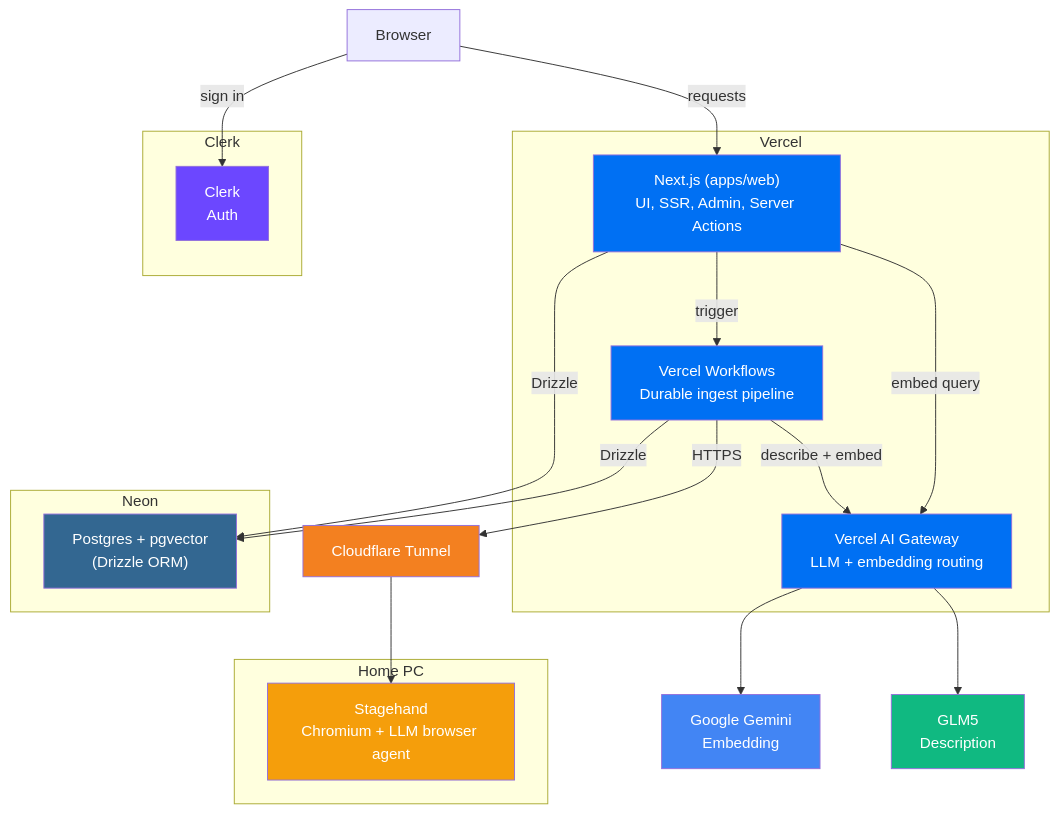
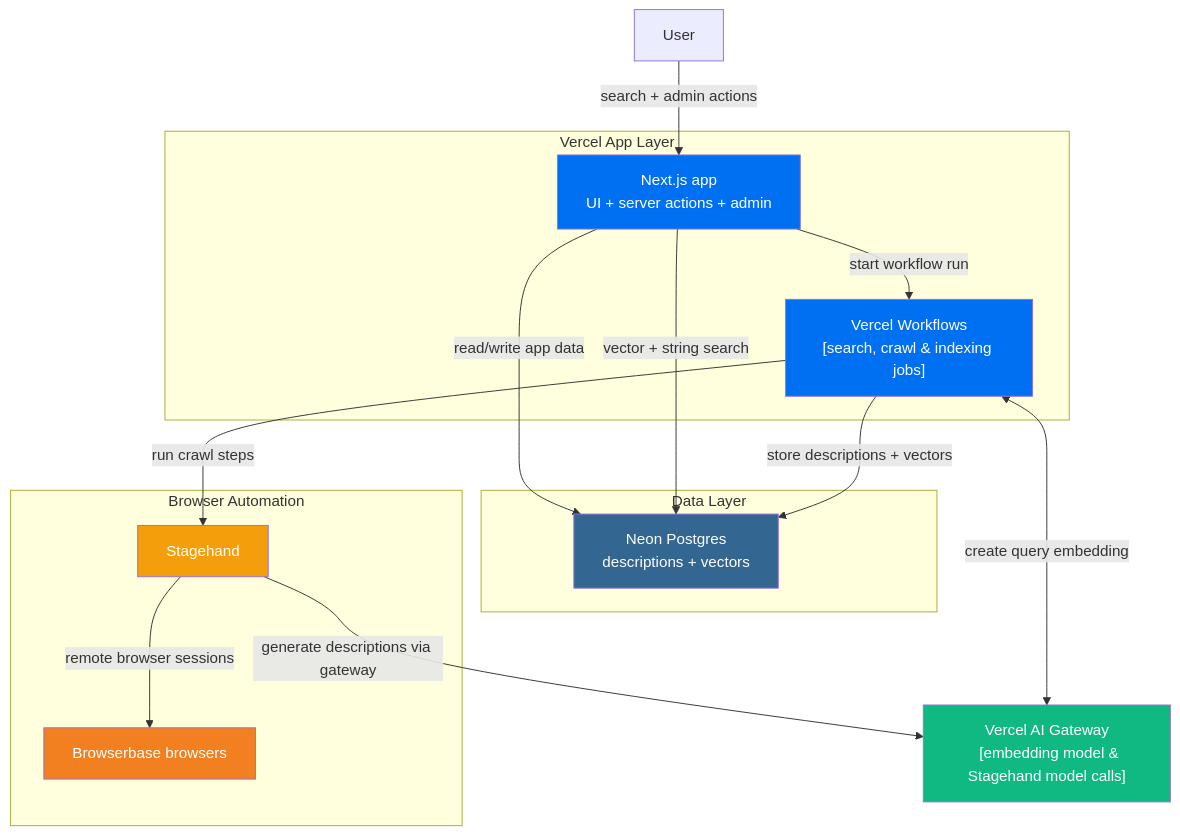
One commit to jagrat7/Shadpedia changed the first of 2 diagrams in README.md. Above: the diagram before and after it, drawn with Mermaid. The commit also changed other lines of this file, not shown here.

Commit message:
update readme to reflect browserbase migration, simplify architecture description, add youtube demo link, reorganize getting started section

````diff
--- a/README.md
+++ b/README.md
@@ -72,48 +19,37 @@
 ```mermaid
 graph TD
-    Browser["Browser"]
+    User["User"]
 
-    subgraph Vercel
-        Next["Next.js (apps/web)<br/>UI, SSR, Admin, Server Actions"]
-        Workflow["Vercel Workflows<br/>Durable ingest pipeline"]
-        Gateway["Vercel AI Gateway<br/>LLM + embedding routing"]
+    subgraph App["Vercel App Layer"]
+        Next["Next.js app<br/>UI + server actions + admin"]
+        Workflow["Vercel Workflows<br/>[search, crawl & indexing jobs]"]
     end
 
-    subgraph Clerk
-        Auth["Clerk<br/>Auth"]
+    subgraph Data["Data Layer"]
+        Postgres["Neon Postgres<br/>descriptions + vectors"]
     end
 
-    subgraph Neon
-        Postgres["Postgres + pgvector<br/>(Drizzle ORM)"]
+    subgraph Crawl["Browser Automation"]
+        Stagehand["Stagehand"]
+        Browserbase["Browserbase browsers"]
     end
 
-    subgraph Home["Home PC"]
-        Stagehand["Stagehand<br/>Chromium + LLM browser agent"]
-    end
+    Gateway["Vercel AI Gateway<br/>  [embedding model & Stagehand model calls]"]
 
-    Tunnel["Cloudflare Tunnel"]
-    Google["Google Gemini<br/>Embedding"]
-    GLM["GLM5<br/>Description"]
-
-    Browser -->|requests| Next
-    Browser -->|sign in| Auth
-    Next -->|Drizzle| Postgres
-    Next -->|trigger| Workflow
-    Workflow -->|HTTPS| Tunnel
-    Tunnel --> Stagehand
-    Workflow -->|describe + embed| Gateway
-    Workflow -->|Drizzle| Postgres
-    Next -->|embed query| Gateway
-    Gateway --> Google
-    Gateway --> GLM
+    User -->|search + admin actions| Next
+    Next -->|read/write app data| Postgres
+    Next -->|start workflow run| Workflow
+    Workflow -->|run crawl steps| Stagehand
+    Workflow <-->|create query embedding| Gateway
+    Next -->|vector + string search| Postgres
+    Stagehand -->|remote browser sessions| Browserbase
+    Stagehand -->|generate descriptions via gateway| Gateway
+    Workflow -->|store descriptions + vectors| Postgres
 
     style Next fill:#0070f3,color:#fff
     style Workflow fill:#0070f3,color:#fff
-    style Gateway fill:#0070f3,color:#fff
     style Postgres fill:#336791,color:#fff
     style Stagehand fill:#f59e0b,color:#fff
-    style Tunnel fill:#f38020,color:#fff
-    style Auth fill:#6c47ff,color:#fff
-    style Google fill:#4285f4,color:#fff
-    style GLM fill:#10b981,color:#fff
+    style Browserbase fill:#f38020,color:#fff
+    style Gateway fill:#10b981,color:#fff
 ```
````
